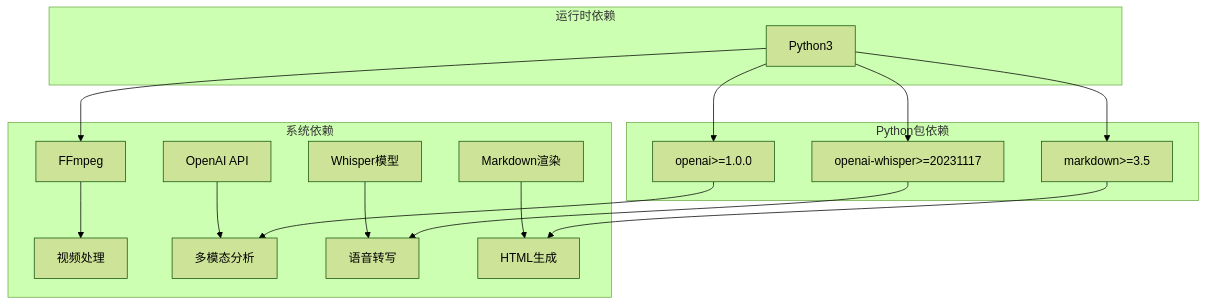
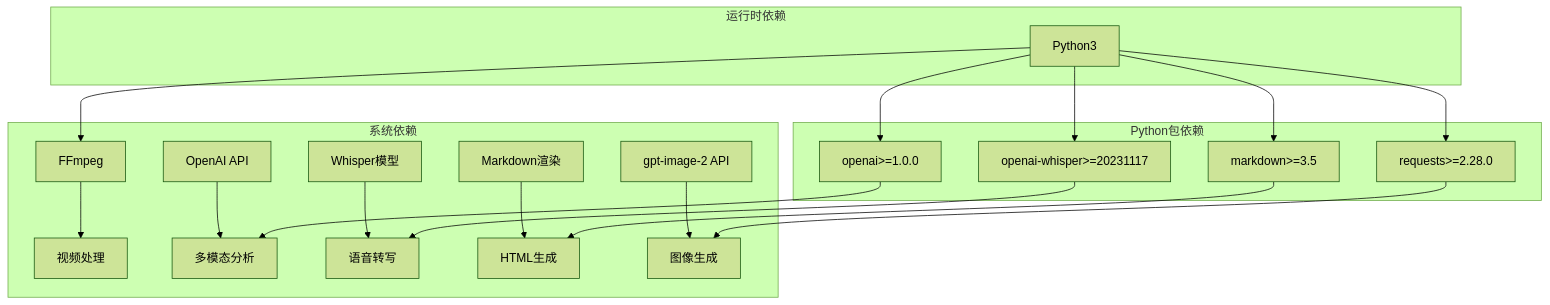
One commit to WongMingJiu/landingpage-test-hero-page changed the eighth of 8 diagrams in .qoder/repowiki/zh/content/开发者指南.md. Above: the diagram before and after it, drawn with Mermaid (forest theme). The commit also changed other lines of this file and 6 other files, not shown here.

First line of the commit message:
feat: 品牌logo固定素材 + 双参考图生图 + 输出平铺结构

````diff
--- a/.qoder/repowiki/zh/content/开发者指南.md
+++ b/.qoder/repowiki/zh/content/开发者指南.md
@@ -299,20 +405,23 @@
 ```mermaid
 graph TB
 subgraph "系统依赖"
 A[FFmpeg] --> B[视频处理]
 C[OpenAI API] --> D[多模态分析]
 E[Whisper模型] --> F[语音转写]
 G[Markdown渲染] --> H[HTML生成]
+I[gpt-image-2 API] --> J[图像生成]
 end
 subgraph "Python包依赖"
-I[openai>=1.0.0] --> D
-J[openai-whisper>=20231117] --> F
-K[markdown>=3.5] --> H
+K[openai>=1.0.0] --> D
+L[openai-whisper>=20231117] --> F
+M[markdown>=3.5] --> H
+N[requests>=2.28.0] --> J
 end
 subgraph "运行时依赖"
-L[Python3] --> A
-L --> I
-L --> J
-L --> K
+O[Python3] --> A
+O --> K
+O --> L
+O --> M
+O --> N
 end
 ```
````
